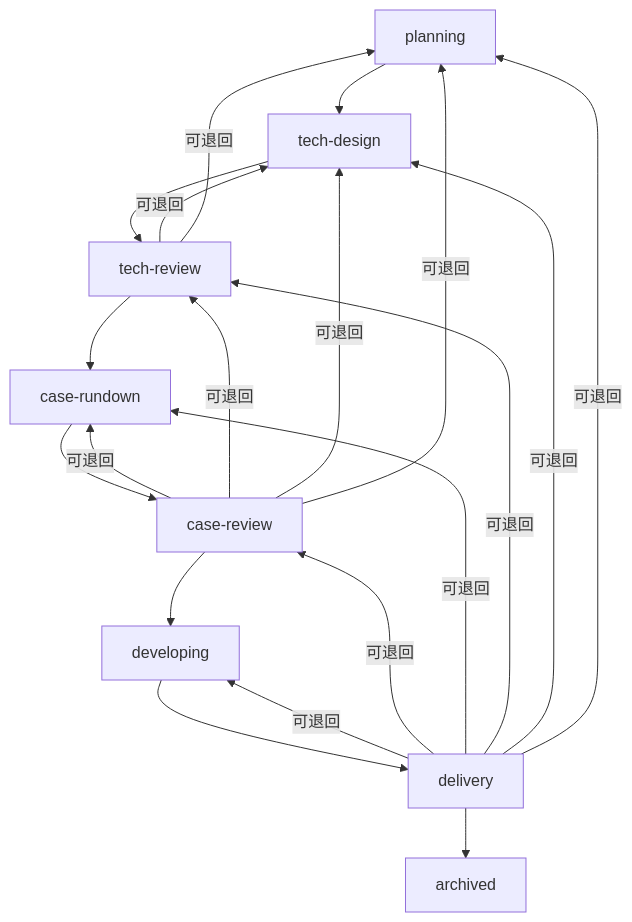
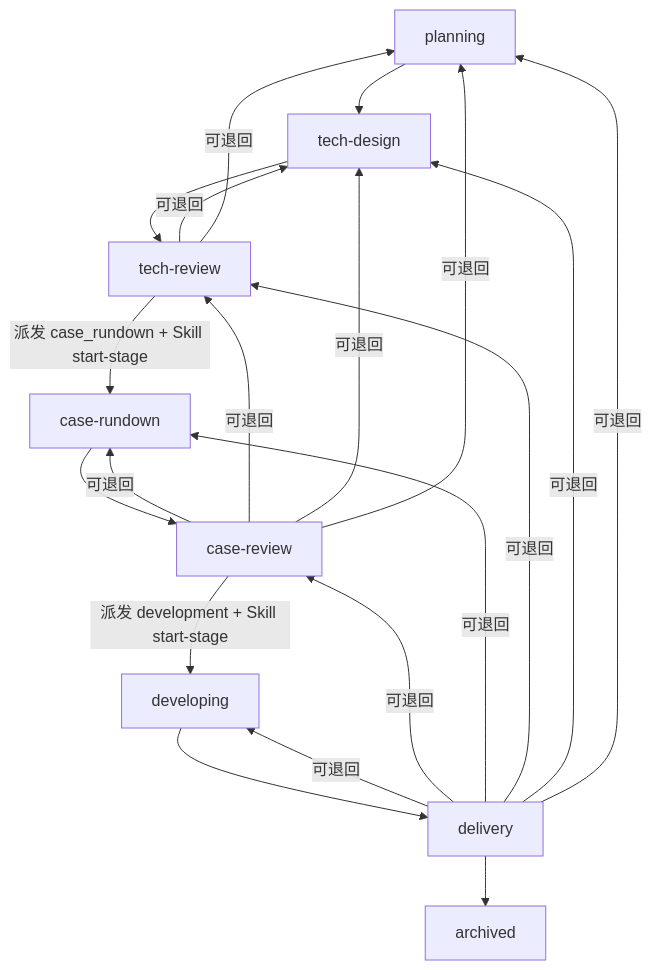
One commit to chaoyang805/proud-flow changed the third of 4 diagrams in docs/product-design.md. Above: the diagram before and after it, drawn with Mermaid. The commit also changed other lines of this file and 2 other files, not shown here.

````diff
--- a/docs/product-design.md
+++ b/docs/product-design.md
@@ -189,23 +191,23 @@
 ```mermaid
 flowchart TD
   Planning["planning"] --> TechDesign["tech-design"]
   TechDesign --> TechReview["tech-review"]
-  TechReview --> CaseRundown["case-rundown"]
+  TechReview -->|派发 case_rundown + Skill start-stage| CaseRundown["case-rundown"]
   CaseRundown --> CaseReview["case-review"]
-  CaseReview --> Developing["developing"]
+  CaseReview -->|派发 development + Skill start-stage| Developing["developing"]
   Developing --> Delivery["delivery"]
   Delivery --> Archived["archived"]
 
   TechReview -->|可退回| TechDesign
   TechReview -->|可退回| Planning
   CaseReview -->|可退回| CaseRundown
   CaseReview -->|可退回| TechReview
   CaseReview -->|可退回| TechDesign
   CaseReview -->|可退回| Planning
   Delivery -->|可退回| Developing
   Delivery -->|可退回| CaseReview
   Delivery -->|可退回| CaseRundown
   Delivery -->|可退回| TechReview
   Delivery -->|可退回| TechDesign
   Delivery -->|可退回| Planning
 ```
````
